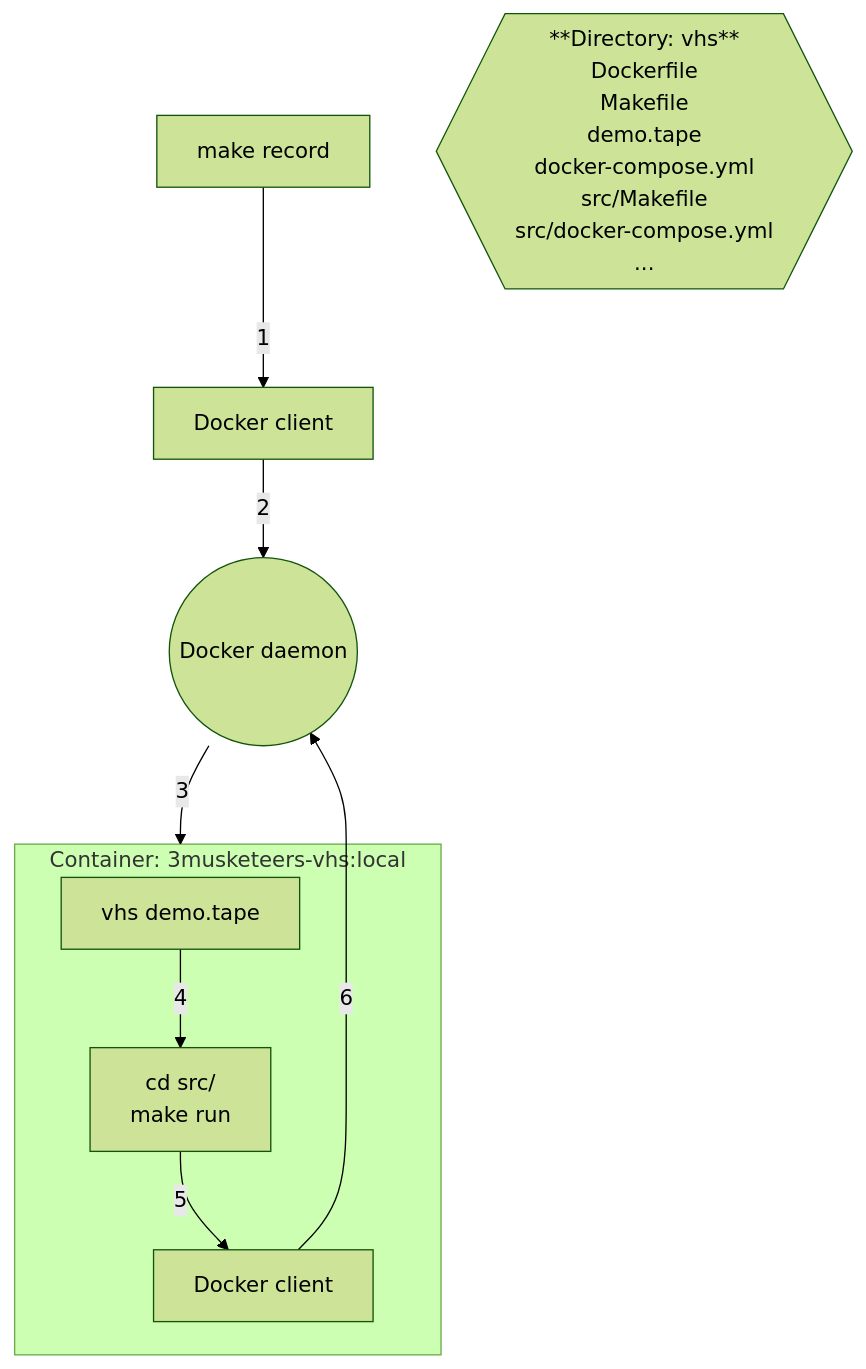
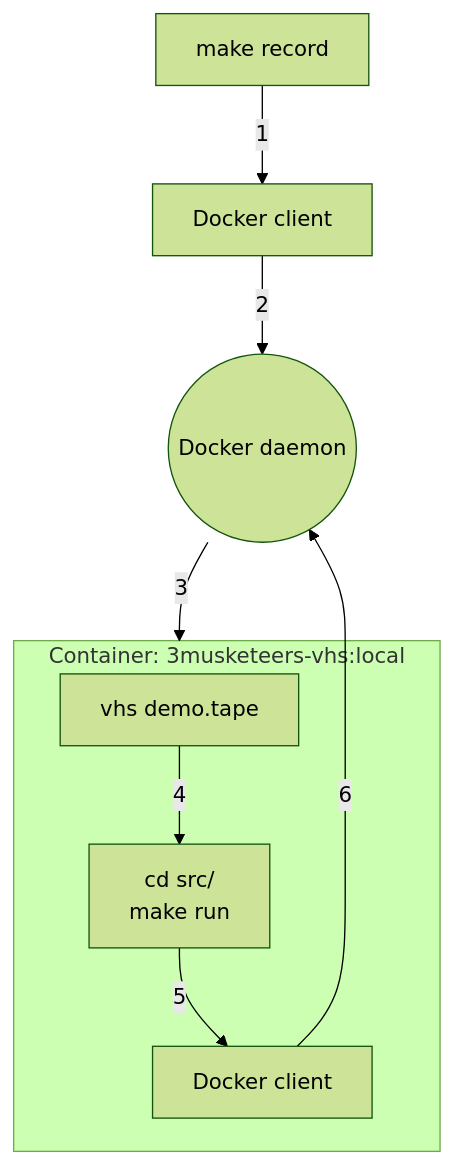
The diagram in vhs/README.md (flemay/3musketeers), drawn with Mermaid (forest theme) before and after one commit.

````diff
--- a/vhs/README.md
+++ b/vhs/README.md
@@ -24,20 +24,12 @@
 ```mermaid
 graph TB
     make-record[make record]-->|1|host-docker-client[Docker client]
     host-docker-client-->|2|docker-daemon((Docker daemon))
     subgraph vhs-local-container [Container: 3musketeers-vhs:local]
     vhs[vhs demo.tape]-->|4|make-run[cd src/
     make run]
     make-run-->|5|docker-client[Docker client]
     end
     docker-daemon-->|3|vhs-local-container
     docker-client-->|6|docker-daemon
-    dir-vhs{{"**Directory: vhs**
-    Dockerfile
-    Makefile
-    demo.tape
-    docker-compose.yml
-    src/Makefile
-    src/docker-compose.yml
-    ..."}}
 ```
````
